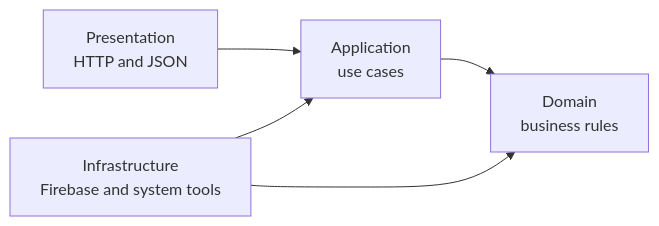
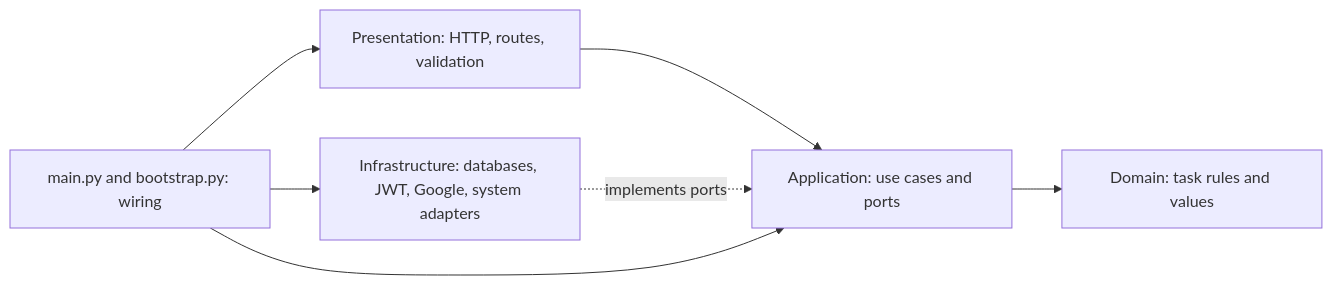
One commit to saifahmeddd/to-do-app changed the diagram in DDD/README.md. Above: the diagram before and after it, drawn with Mermaid. The commit also changed other lines of this file and 1 other file, not shown here.

````diff
--- a/DDD/README.md
+++ b/DDD/README.md
@@ -22,7 +14,9 @@
 ```mermaid
 flowchart LR
-    P[Presentation<br/>HTTP and JSON] --> A[Application<br/>use cases]
-    A --> D[Domain<br/>business rules]
-    I[Infrastructure<br/>Firebase and system tools] --> A
-    I --> D
+    P[Presentation: HTTP, routes, validation] --> A[Application: use cases and ports]
+    A --> D[Domain: task rules and values]
+    I[Infrastructure: databases, JWT, Google, system adapters] -. implements ports .-> A
+    C[main.py and bootstrap.py: wiring] --> P
+    C --> A
+    C --> I
 ```
````
